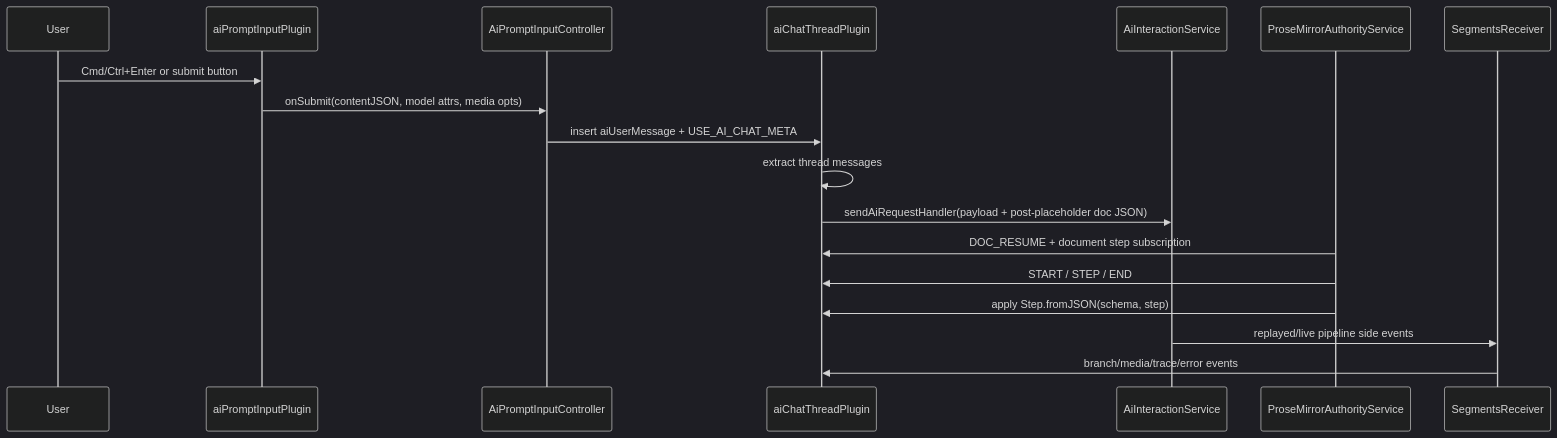
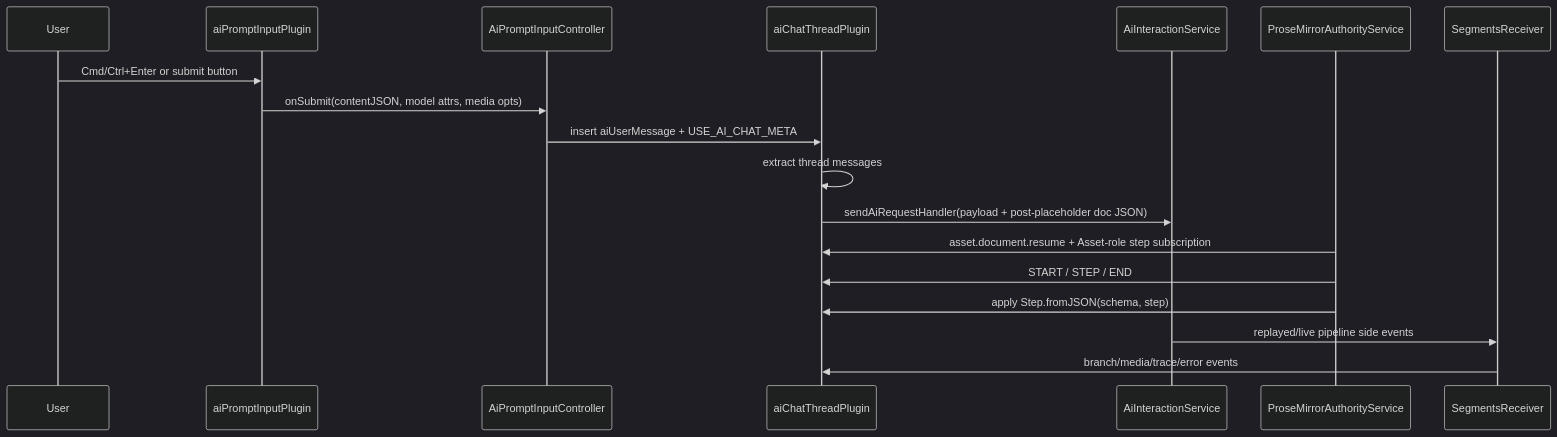
Before and after one commit to Lixpi/lixpi: the diagram in services/web-ui/src/components/proseMirror/plugins/aiChatThreadPlugin/README.md, drawn with Mermaid (dark theme). The commit also changed other lines of this file and 225 other files, not shown here.

````diff
--- a/services/web-ui/src/components/proseMirror/plugins/aiChatThreadPlugin/README.md
+++ b/services/web-ui/src/components/proseMirror/plugins/aiChatThreadPlugin/README.md
@@ -48,21 +44,21 @@
 ```mermaid
 sequenceDiagram
     participant User
     participant Prompt as aiPromptInputPlugin
     participant Controller as AiPromptInputController
     participant Thread as aiChatThreadPlugin
     participant Service as AiInteractionService
     participant Authority as ProseMirrorAuthorityService
     participant Receiver as SegmentsReceiver
 
     User->>Prompt: Cmd/Ctrl+Enter or submit button
     Prompt->>Controller: onSubmit(contentJSON, model attrs, media opts)
     Controller->>Thread: insert aiUserMessage + USE_AI_CHAT_META
     Thread->>Thread: extract thread messages
     Thread->>Service: sendAiRequestHandler(payload + post-placeholder doc JSON)
-    Authority->>Thread: DOC_RESUME + document step subscription
+    Authority->>Thread: asset.document.resume + Asset-role step subscription
     Authority->>Thread: START / STEP / END
     Authority->>Thread: apply Step.fromJSON(schema, step)
     Service->>Receiver: replayed/live pipeline side events
     Receiver->>Thread: branch/media/trace/error events
 ```
````
